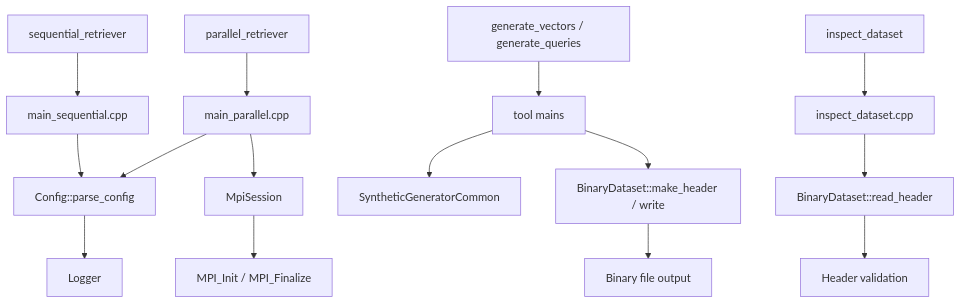
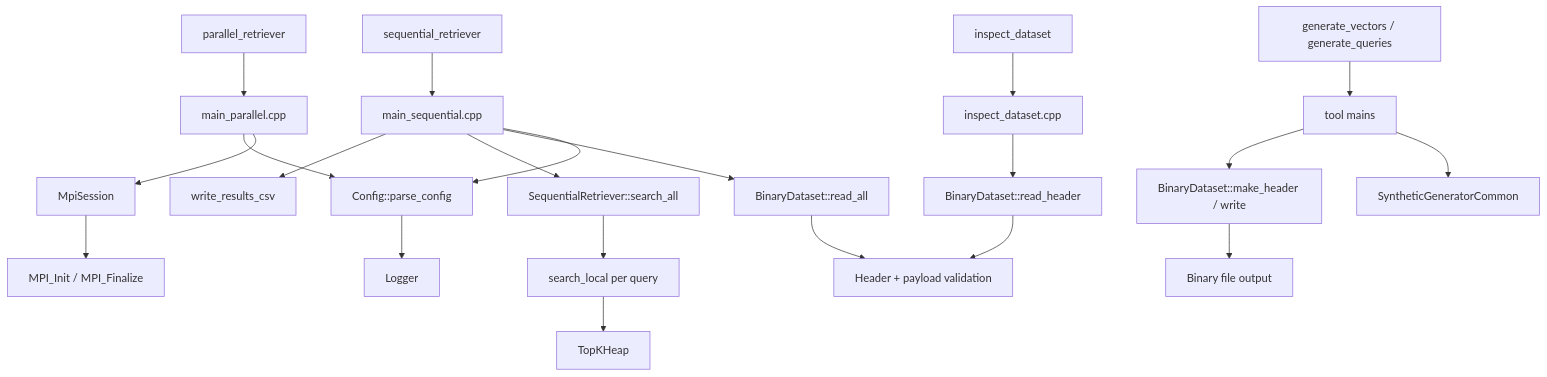
Before and after one commit to biabeogo147/Parallel-Retrieval-Engine-for-RAG: the first of 5 diagrams in docs/development/source_guide.md, drawn with Mermaid. The commit also changed other lines of this file and 17 other files, not shown here.

````diff
--- a/docs/development/source_guide.md
+++ b/docs/development/source_guide.md
@@ -86,19 +98,26 @@
 ```mermaid
 flowchart TD
     A["sequential_retriever"] --> B["main_sequential.cpp"]
     C["parallel_retriever"] --> D["main_parallel.cpp"]
     E["generate_vectors / generate_queries"] --> F["tool mains"]
     G["inspect_dataset"] --> H["inspect_dataset.cpp"]
 
     B --> I["Config::parse_config"]
-    D --> J["MpiSession"]
+    B --> J["BinaryDataset::read_all"]
+    B --> K["SequentialRetriever::search_all"]
+    B --> L["write_results_csv"]
+    K --> M["search_local per query"]
+    M --> N["TopKHeap"]
+
+    D --> O["MpiSession"]
     D --> I
-    F --> K["SyntheticGeneratorCommon"]
-    F --> L["BinaryDataset::make_header / write"]
-    H --> M["BinaryDataset::read_header"]
+    F --> P["SyntheticGeneratorCommon"]
+    F --> Q["BinaryDataset::make_header / write"]
+    H --> R["BinaryDataset::read_header"]
 
-    I --> N["Logger"]
-    J --> O["MPI_Init / MPI_Finalize"]
-    M --> P["Header validation"]
-    L --> Q["Binary file output"]
+    I --> S["Logger"]
+    O --> T["MPI_Init / MPI_Finalize"]
+    J --> U["Header + payload validation"]
+    R --> U
+    Q --> V["Binary file output"]
 ```
````
